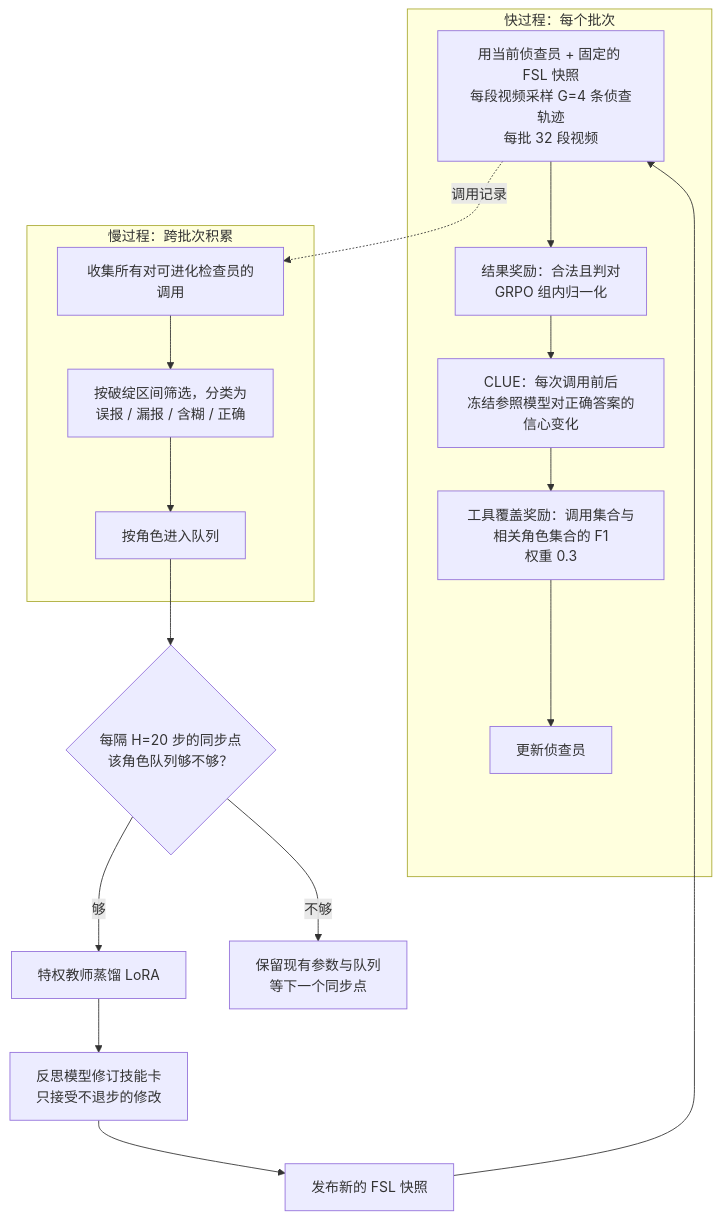
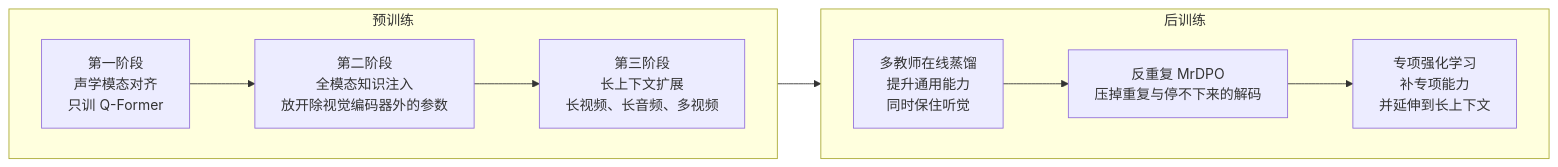
One commit to yingwang/paper-reads changed the third of 4 diagrams in docs/index.md. Above: the diagram before and after it, drawn with Mermaid. The commit also changed other lines of this file and 2 other files, not shown here.

````diff
--- a/docs/index.md
+++ b/docs/index.md
@@ -258,20 +167,12 @@
 ```mermaid
-flowchart TB
-    subgraph FAST["快过程：每个批次"]
-        R1["用当前侦查员 + 固定的 FSL 快照<br/>每段视频采样 G=4 条侦查轨迹<br/>每批 32 段视频"] --> R2["结果奖励：合法且判对<br/>GRPO 组内归一化"]
-        R2 --> R3["CLUE：每次调用前后<br/>冻结参照模型对正确答案的信心变化"]
-        R3 --> R4["工具覆盖奖励：调用集合与相关角色集合的 F1<br/>权重 0.3"]
-        R4 --> R5["更新侦查员"]
+flowchart LR
+    subgraph P["预训练"]
+        direction LR
+        P1["第一阶段<br/>声学模态对齐<br/>只训 Q-Former"] --> P2["第二阶段<br/>全模态知识注入<br/>放开除视觉编码器外的参数"] --> P3["第三阶段<br/>长上下文扩展<br/>长视频、长音频、多视频"]
     end
-    subgraph SLOW["慢过程：跨批次积累"]
-        Q1["收集所有对可进化检查员的调用"] --> Q2["按破绽区间筛选，分类为<br/>误报 / 漏报 / 含糊 / 正确"]
-        Q2 --> Q3["按角色进入队列"]
+    subgraph Q["后训练"]
+        direction LR
+        Q1["多教师在线蒸馏<br/>提升通用能力<br/>同时保住听觉"] --> Q2["反重复 MrDPO<br/>压掉重复与停不下来的解码"] --> Q3["专项强化学习<br/>补专项能力<br/>并延伸到长上下文"]
     end
-    R1 -. "调用记录" .-> Q1
-    Q3 --> B{"每隔 H=20 步的同步点<br/>该角色队列够不够？"}
-    B -- "够" --> D1["特权教师蒸馏 LoRA"]
-    D1 --> D2["反思模型修订技能卡<br/>只接受不退步的修改"]
-    D2 --> P["发布新的 FSL 快照"]
-    B -- "不够" --> K["保留现有参数与队列<br/>等下一个同步点"]
-    P --> R1
+    P --> Q
 ```
````
